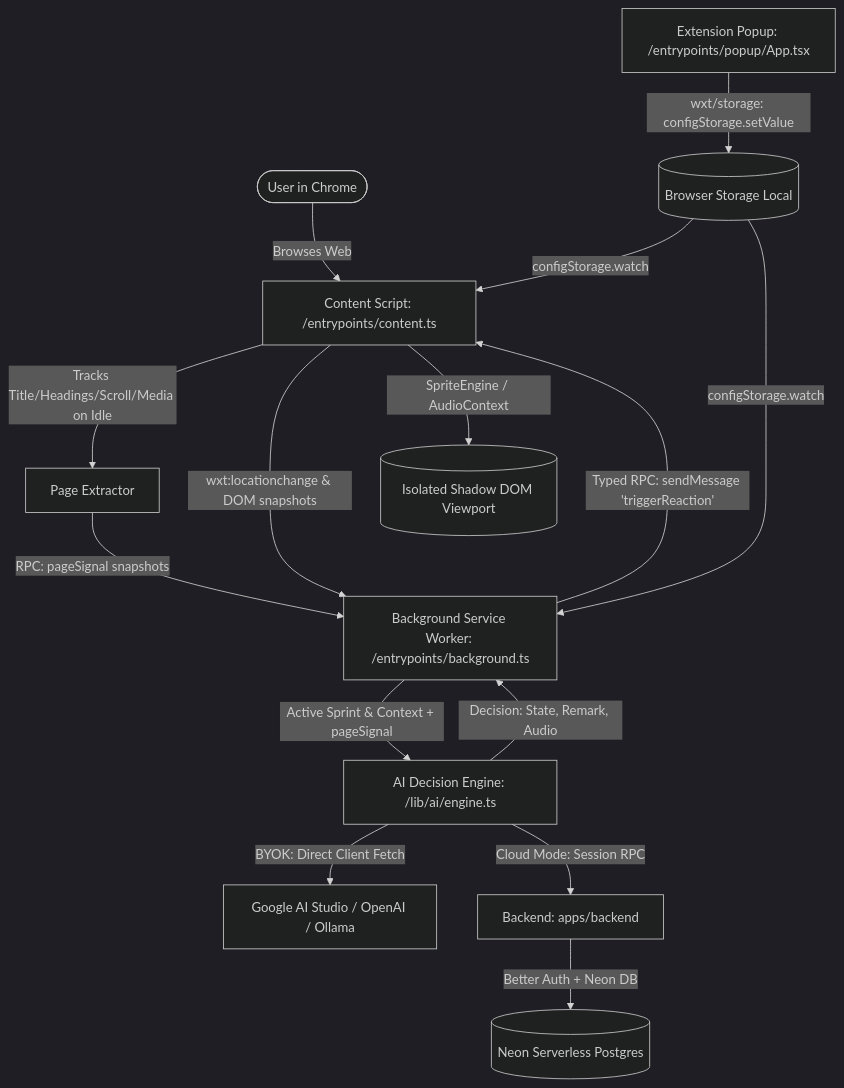
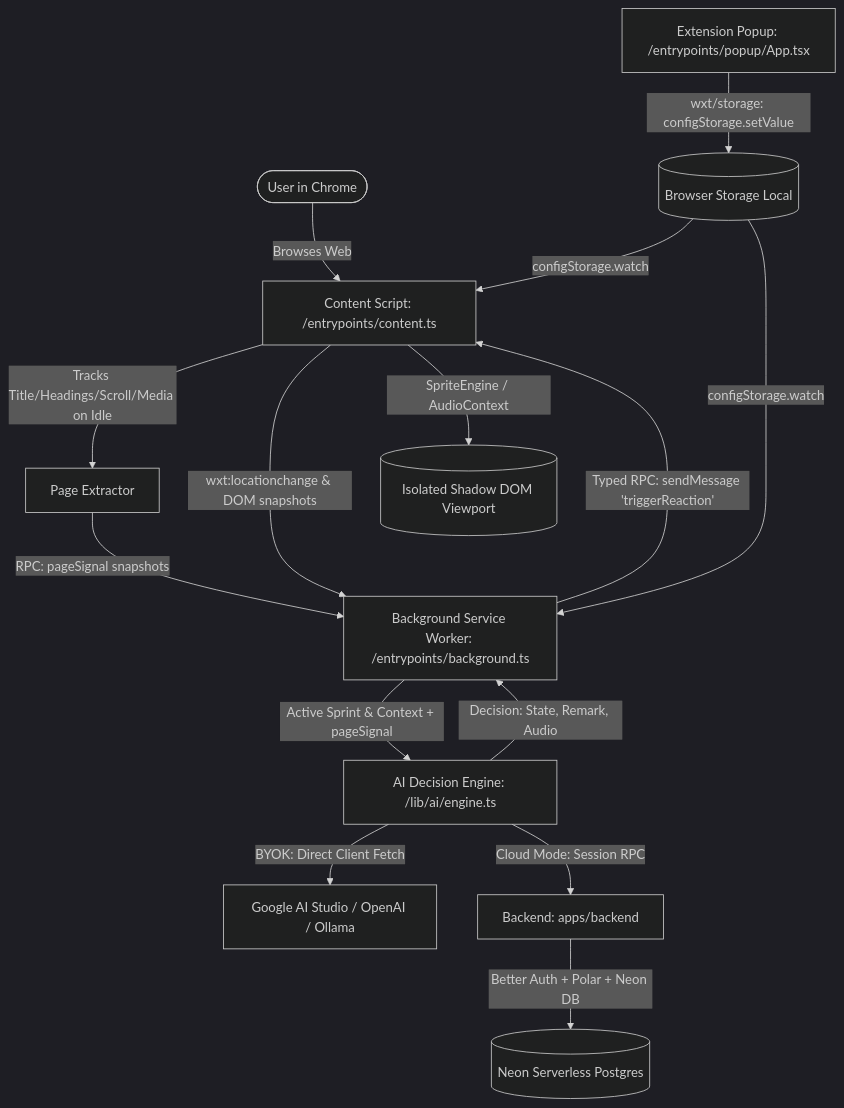
The diagram in docs/ARCHITECTURE.md (marangaa/gremlin), drawn with Mermaid (dark theme) before and after one commit. The commit also changed other lines of this file and 6 other files, not shown here.

Commit message:
docs: update architecture and readme for polar.sh migration and port 8700

````diff
--- a/docs/ARCHITECTURE.md
+++ b/docs/ARCHITECTURE.md
@@ -25,20 +25,20 @@
 ```mermaid
 graph TD
     User([User in Chrome]) -->|Browses Web| ContentScript[Content Script: /entrypoints/content.ts]
     ContentScript -->|Tracks Title/Headings/Scroll/Media on Idle| PageExtractor[Page Extractor]
     PageExtractor -->|RPC: pageSignal snapshots| BackgroundSW[Background Service Worker: /entrypoints/background.ts]
     ContentScript -->|wxt:locationchange & DOM snapshots| BackgroundSW
     
     Popup[Extension Popup: /entrypoints/popup/App.tsx] -->|wxt/storage: configStorage.setValue| Storage[(Browser Storage Local)]
     Storage -->|configStorage.watch| ContentScript
     Storage -->|configStorage.watch| BackgroundSW
     
     BackgroundSW -->|Active Sprint & Context + pageSignal| AIReasoning[AI Decision Engine: /lib/ai/engine.ts]
     AIReasoning -->|BYOK: Direct Client Fetch| Gemini[Google AI Studio / OpenAI / Ollama]
     AIReasoning -->|Cloud Mode: Session RPC| EdgeAPI[Backend: apps/backend]
-    EdgeAPI -->|Better Auth + Neon DB| CloudDB[(Neon Serverless Postgres)]
+    EdgeAPI -->|Better Auth + Polar + Neon DB| CloudDB[(Neon Serverless Postgres)]
     
     AIReasoning -->|Decision: State, Remark, Audio| BackgroundSW
     BackgroundSW -->|Typed RPC: sendMessage 'triggerReaction'| ContentScript
     ContentScript -->|SpriteEngine / AudioContext| ShadowDOM[(Isolated Shadow DOM Viewport)]
 ```
````
